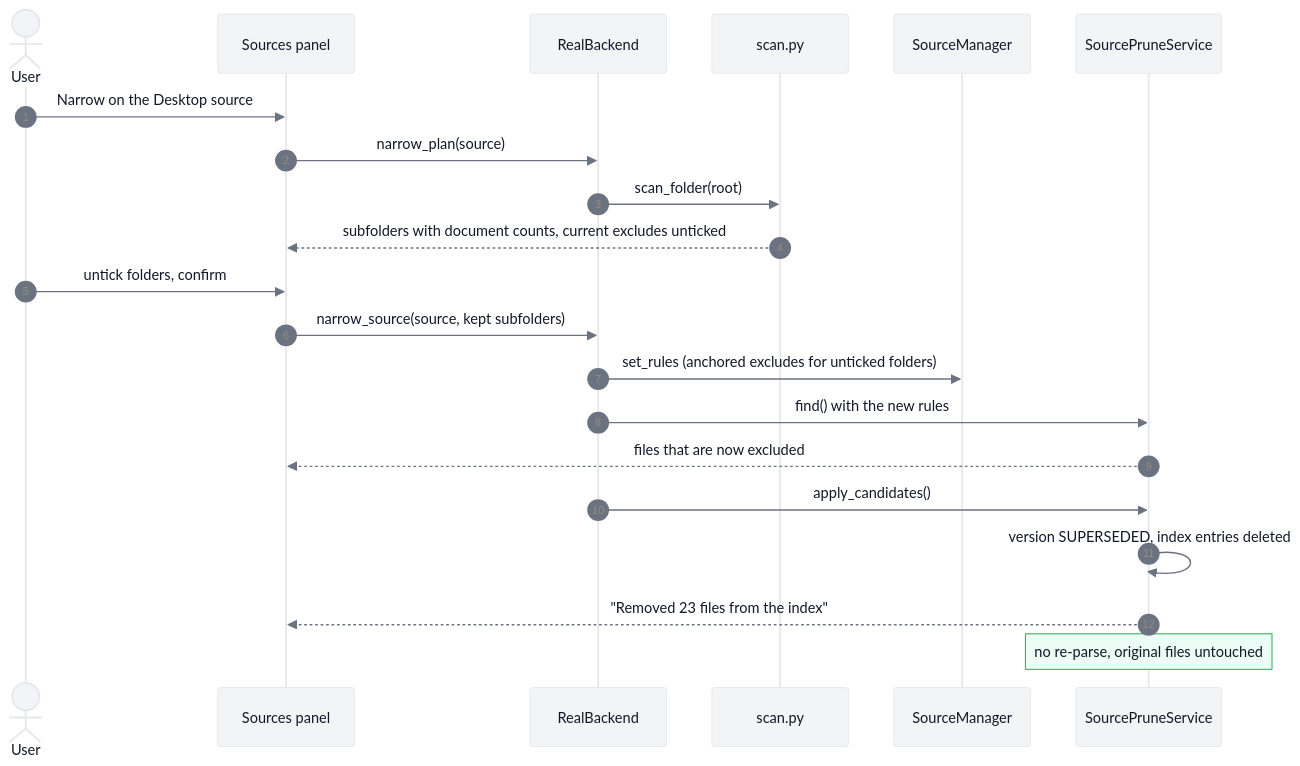
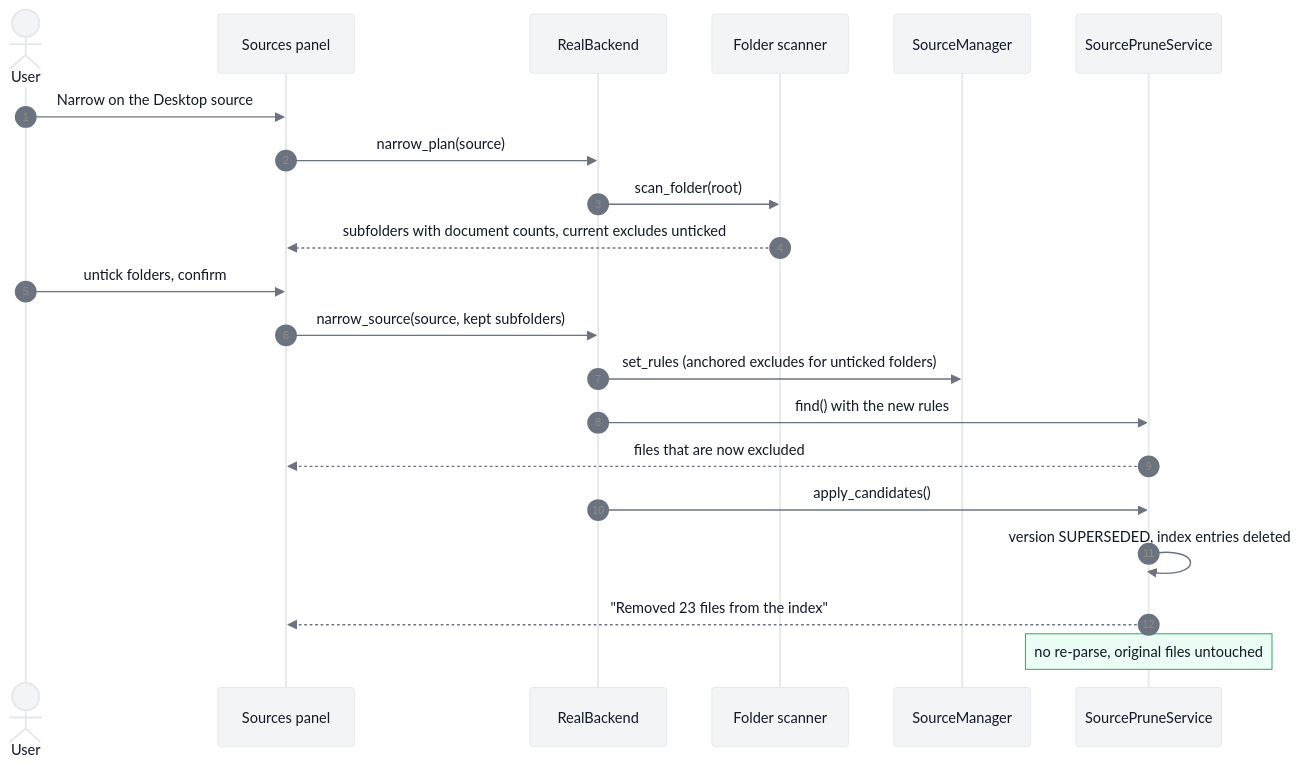
Before and after one commit to notSylas/Docket: the tenth of 11 diagrams in Upgrade/18-current-architecture-sequences.md, drawn with Mermaid. The commit also changed other lines of this file and 3 other files, not shown here.

Commit message:
docs(upgrade): remove source-file references from the architecture diagrams

````diff
--- a/Upgrade/18-current-architecture-sequences.md
+++ b/Upgrade/18-current-architecture-sequences.md
@@ -388,24 +370,24 @@
 ```mermaid
 %%{init: {'theme':'base','themeVariables':{'primaryColor':'#F3F4F6','primaryBorderColor':'#E5E7EB','primaryTextColor':'#111827','lineColor':'#6B7280','actorBkg':'#F3F4F6','actorBorder':'#E5E7EB','actorTextColor':'#111827','signalColor':'#6B7280','signalTextColor':'#111827','noteBkgColor':'#ECFDF5','noteBorderColor':'#16A34A','noteTextColor':'#111827','activationBkgColor':'#ECFDF5','activationBorderColor':'#16A34A','fontFamily':'ui-sans-serif, system-ui, sans-serif'}}}%%
 sequenceDiagram
     autonumber
     actor U as User
     participant UI as Sources panel
     participant B as RealBackend
-    participant SC as scan.py
+    participant SC as Folder scanner
     participant SM as SourceManager
     participant PR as SourcePruneService
     U->>UI: Narrow on the Desktop source
     UI->>B: narrow_plan(source)
     B->>SC: scan_folder(root)
     SC-->>UI: subfolders with document counts, current excludes unticked
     U->>UI: untick folders, confirm
     UI->>B: narrow_source(source, kept subfolders)
     B->>SM: set_rules (anchored excludes for unticked folders)
     B->>PR: find() with the new rules
     PR-->>UI: files that are now excluded
     B->>PR: apply_candidates()
     PR->>PR: version SUPERSEDED, index entries deleted
     PR-->>UI: "Removed 23 files from the index"
     Note over PR: no re-parse, original files untouched
 ```
````
